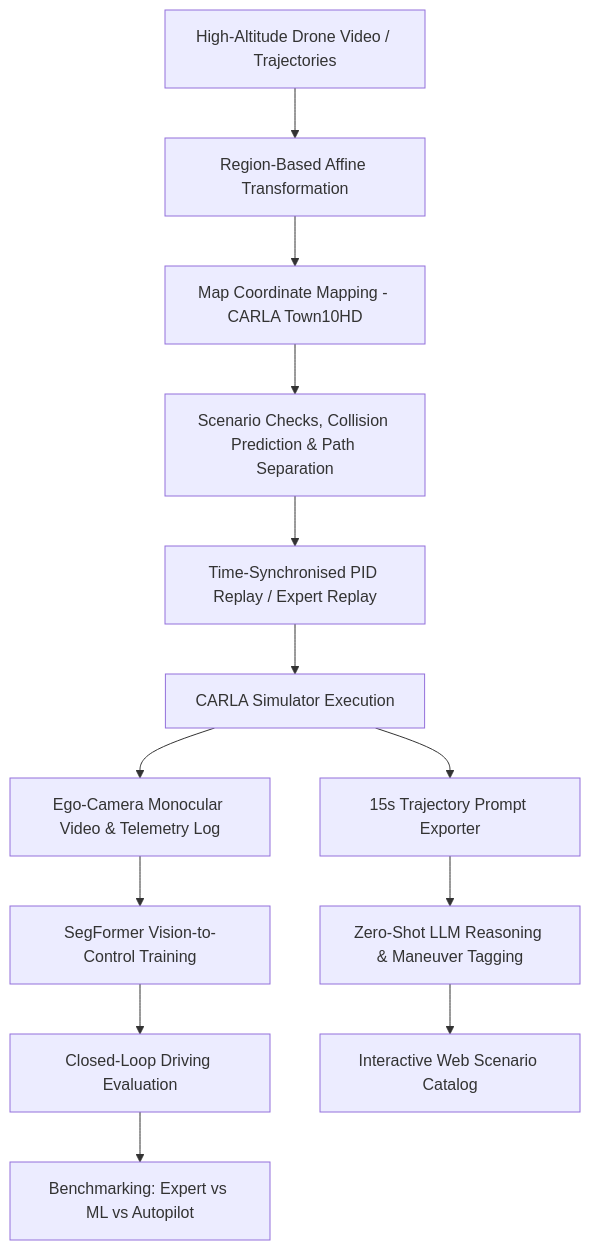
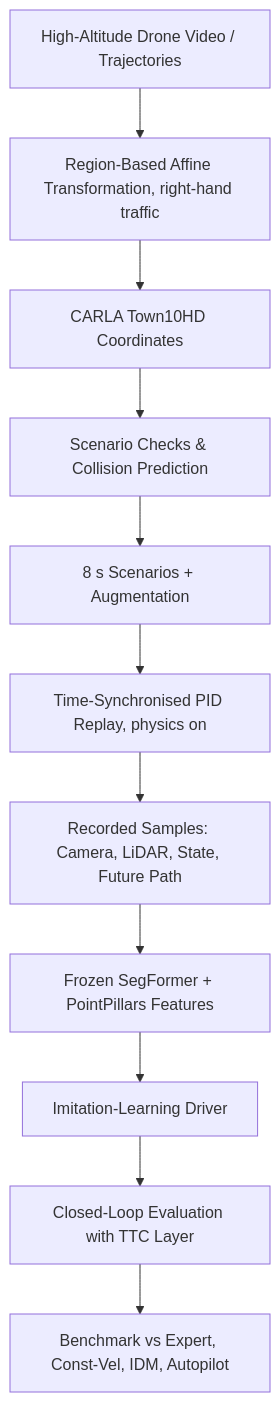
One commit to rajvamsi12/real2sim-trajectory-style-transfer changed the diagram in README.md. Above: the diagram before and after it, drawn with Mermaid. The commit also changed other lines of this file, not shown here.

Commit message:
README: current IL pipeline, closed-loop benchmark and 10-run results

````diff
--- a/README.md
+++ b/README.md
@@ -35,15 +35,13 @@
 ```mermaid
 flowchart TD
-    A[High-Altitude Drone Video / Trajectories] --> B[Region-Based Affine Transformation]
-    B --> C[Map Coordinate Mapping - CARLA Town10HD]
-    C --> V[Scenario Checks, Collision Prediction & Path Separation]
-    V --> D[Time-Synchronised PID Replay / Expert Replay]
-    D --> E[CARLA Simulator Execution]
-    E --> F[Ego-Camera Monocular Video & Telemetry Log]
-    E --> G[15s Trajectory Prompt Exporter]
-    G --> H[Zero-Shot LLM Reasoning & Maneuver Tagging]
-    F --> I[SegFormer Vision-to-Control Training]
-    I --> J[Closed-Loop Driving Evaluation]
-    H --> K[Interactive Web Scenario Catalog]
-    J --> L[Benchmarking: Expert vs ML vs Autopilot]
+    A[High-Altitude Drone Video / Trajectories] --> B[Region-Based Affine Transformation, right-hand traffic]
+    B --> C[CARLA Town10HD Coordinates]
+    C --> V[Scenario Checks & Collision Prediction]
+    V --> S[8 s Scenarios + Augmentation]
+    S --> D[Time-Synchronised PID Replay, physics on]
+    D --> R[Recorded Samples: Camera, LiDAR, State, Future Path]
+    R --> F[Frozen SegFormer + PointPillars Features]
+    F --> M[Imitation-Learning Driver]
+    M --> E[Closed-Loop Evaluation with TTC Layer]
+    E --> L[Benchmark vs Expert, Const-Vel, IDM, Autopilot]
 ```
````
